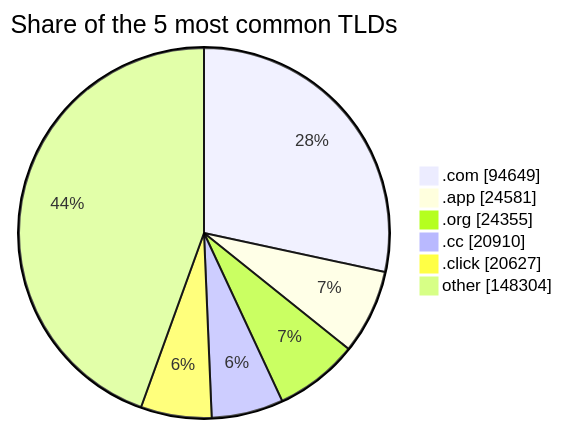
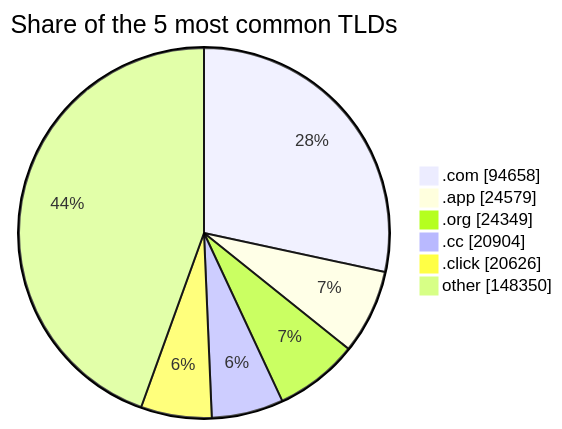
The third of 3 diagrams in README.md (DNSBunker/CTI), drawn with Mermaid before and after one commit. The commit also changed other lines of this file and 4 other files, not shown here.

````diff
--- a/README.md
+++ b/README.md
@@ -81,9 +81,9 @@
 ```mermaid
 pie showData title Share of the 5 most common TLDs
-    ".com" : 94649
-    ".app" : 24581
-    ".org" : 24355
-    ".cc" : 20910
-    ".click" : 20627
-    "other" : 148304
+    ".com" : 94658
+    ".app" : 24579
+    ".org" : 24349
+    ".cc" : 20904
+    ".click" : 20626
+    "other" : 148350
 ```
````
